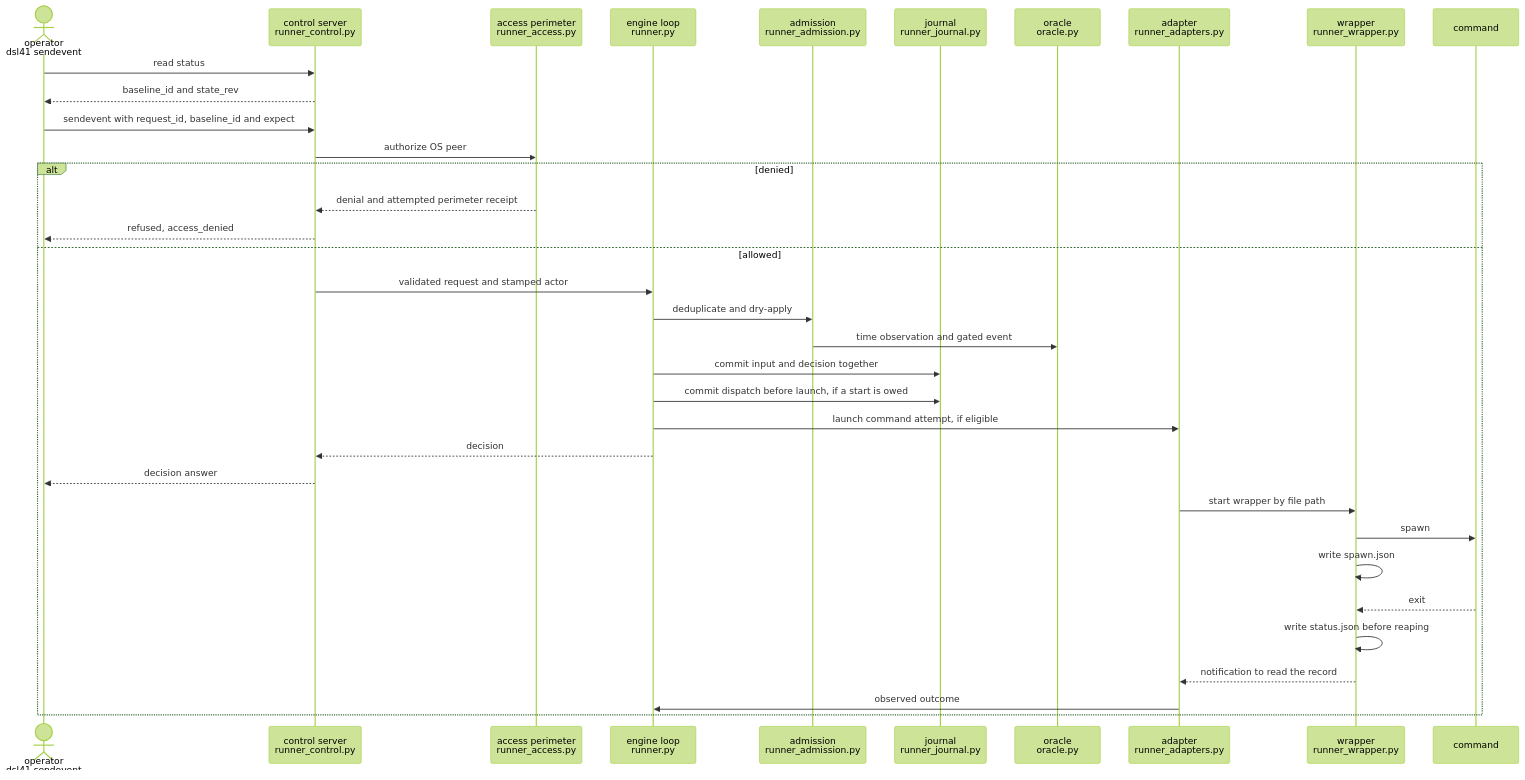
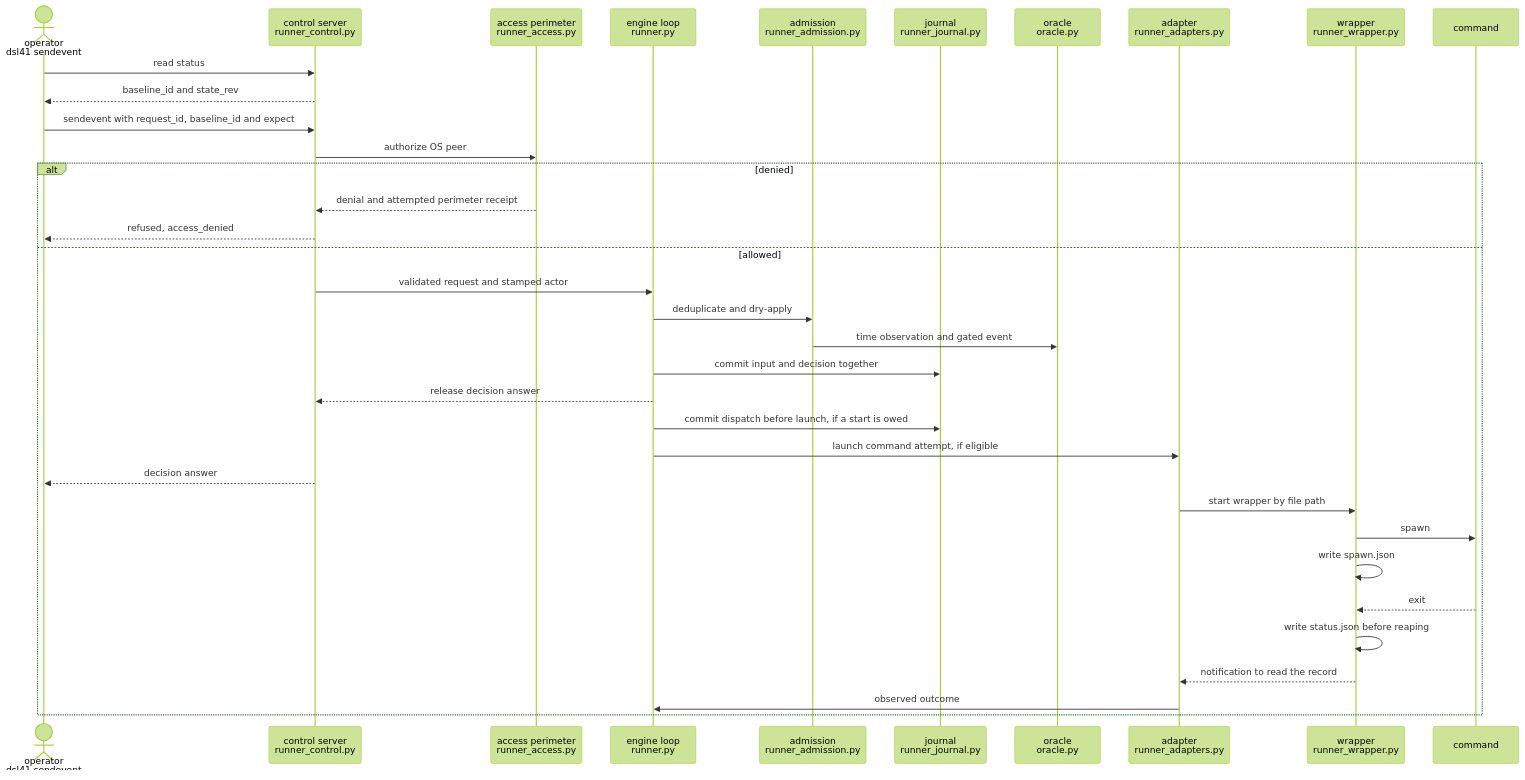
Before and after one commit to mrbald/dsl41: the fourth of 4 diagrams in docs/architecture.md, drawn with Mermaid (forest theme). The commit also changed 28 other files, not shown here.

````diff
--- a/docs/architecture.md
+++ b/docs/architecture.md
@@ -210,37 +210,37 @@
 ```mermaid
 sequenceDiagram
   actor Op as operator<br/>dsl41 sendevent
   participant Ctl as control server<br/>runner_control.py
   participant Acc as access perimeter<br/>runner_access.py
   participant Eng as engine loop<br/>runner.py
   participant Adm as admission<br/>runner_admission.py
   participant Jr as journal<br/>runner_journal.py
   participant Orc as oracle<br/>oracle.py
   participant Ad as adapter<br/>runner_adapters.py
   participant Wr as wrapper<br/>runner_wrapper.py
   participant Cmd as command
   Op->>Ctl: read status
   Ctl-->>Op: baseline_id and state_rev
   Op->>Ctl: sendevent with request_id, baseline_id and expect
   Ctl->>Acc: authorize OS peer
   alt denied
     Acc-->>Ctl: denial and attempted perimeter receipt
     Ctl-->>Op: refused, access_denied
   else allowed
     Ctl->>Eng: validated request and stamped actor
     Eng->>Adm: deduplicate and dry-apply
     Adm->>Orc: time observation and gated event
     Eng->>Jr: commit input and decision together
+    Eng-->>Ctl: release decision answer
     Eng->>Jr: commit dispatch before launch, if a start is owed
     Eng->>Ad: launch command attempt, if eligible
-    Eng-->>Ctl: decision
     Ctl-->>Op: decision answer
     Ad->>Wr: start wrapper by file path
     Wr->>Cmd: spawn
     Wr->>Wr: write spawn.json
     Cmd-->>Wr: exit
     Wr->>Wr: write status.json before reaping
     Wr-->>Ad: notification to read the record
     Ad->>Eng: observed outcome
   end
 ```
````
